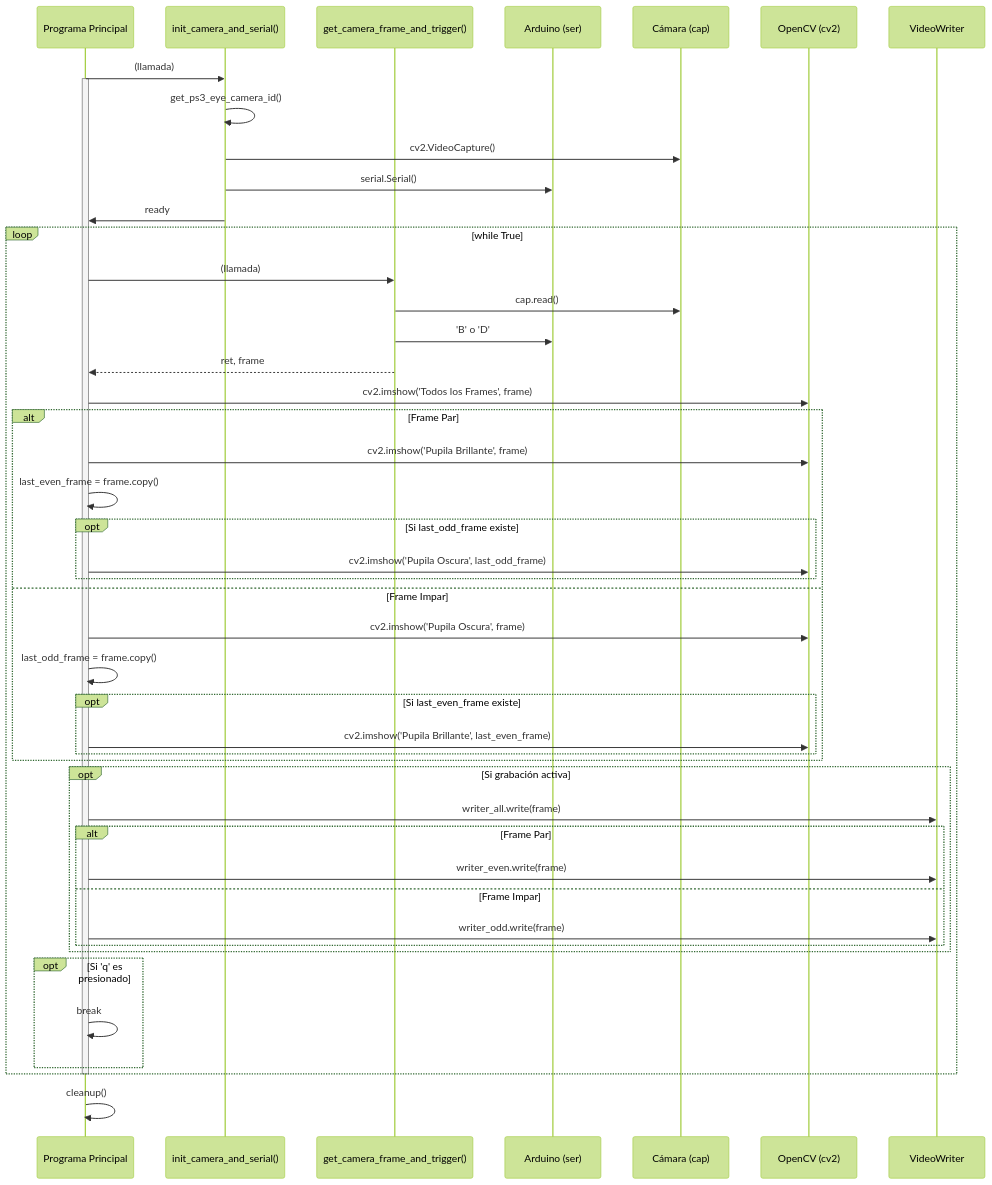
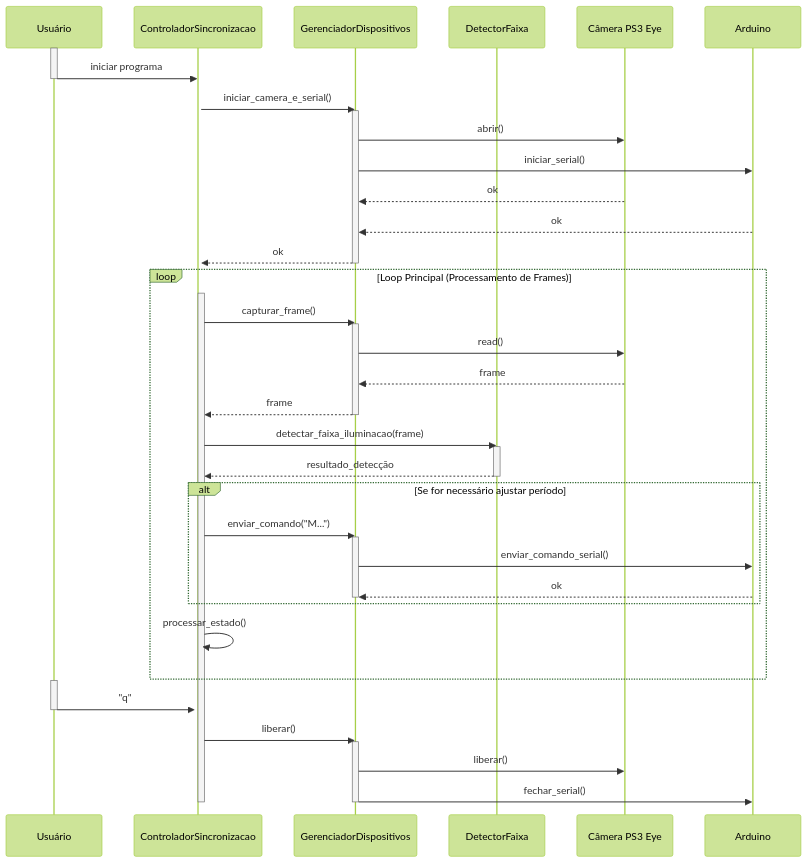
Before and after one commit to hard747/Segmentacao-da-Pupila: the diagram in diagrama_secuencia.mmd, drawn with Mermaid (forest theme). The commit also changed 9 other files, not shown here.

```diff
--- a/diagrama_secuencia.mmd
+++ b/diagrama_secuencia.mmd
@@ -1,53 +1,57 @@
 sequenceDiagram
-    participant P as Programa Principal
-    participant init as init_camera_and_serial()
-    participant get_frame as get_camera_frame_and_trigger()
-    participant ser as Arduino (ser)
-    participant cap as Cámara (cap)
-    participant cv2 as OpenCV (cv2)
-    participant writer as VideoWriter
+    participant U as Usuário
+    participant CS as ControladorSincronizacao
+    participant GD as GerenciadorDispositivos
+    participant DF as DetectorFaixa
+    participant CP3E as Câmera PS3 Eye
+    participant A as Arduino
 
-    P->>init: (llamada)
-    activate P
-    init->>init: get_ps3_eye_camera_id()
-    init->>cap: cv2.VideoCapture()
-    init->>ser: serial.Serial()
-    init->>P: ready
+    activate U
+    U->>CS: iniciar programa
+    deactivate U
+
+    activate CS
+    CS->>GD: iniciar_camera_e_serial()
+    activate GD
+    GD->>CP3E: abrir()
+    GD->>A: iniciar_serial()
+    CP3E-->>GD: ok
+    A-->>GD: ok
+    GD-->>CS: ok
+    deactivate GD
     
-    loop while True
-        P->>get_frame: (llamada)
-        get_frame->>cap: cap.read()
-        get_frame->>ser: 'B' o 'D'
-        get_frame-->>P: ret, frame
+    loop Loop Principal (Processamento de Frames)
+        activate CS
+        CS->>GD: capturar_frame()
+        activate GD
+        GD->>CP3E: read()
+        CP3E-->>GD: frame
+        GD-->>CS: frame
+        deactivate GD
         
-        P->>cv2: cv2.imshow('Todos los Frames', frame)
+        CS->>DF: detectar_faixa_iluminacao(frame)
+        activate DF
+        DF-->>CS: resultado_detecção
+        deactivate DF
         
-        alt Frame Par
-            P->>cv2: cv2.imshow('Pupila Brillante', frame)
-            P->>P: last_even_frame = frame.copy()
-            opt Si last_odd_frame existe
-                P->>cv2: cv2.imshow('Pupila Oscura', last_odd_frame)
-            end
-        else Frame Impar
-            P->>cv2: cv2.imshow('Pupila Oscura', frame)
-            P->>P: last_odd_frame = frame.copy()
-            opt Si last_even_frame existe
-                P->>cv2: cv2.imshow('Pupila Brillante', last_even_frame)
-            end
+        alt Se for necessário ajustar período
+            CS->>GD: enviar_comando("M...")
+            activate GD
+            GD->>A: enviar_comando_serial()
+            A-->>GD: ok
+            deactivate GD
         end
         
-        opt Si grabación activa
-            P->>writer: writer_all.write(frame)
-            alt Frame Par
-                P->>writer: writer_even.write(frame)
-            else Frame Impar
-                P->>writer: writer_odd.write(frame)
-            end
-        end
-        
-        opt Si 'q' es presionado
-            P->>P: break
-        end
+        CS->>CS: processar_estado()
     end
-    deactivate P
-    P->>P: cleanup()
+    
+    activate U
+    U->>CS: "q"
+    deactivate U
+    
+    CS->>GD: liberar()
+    activate GD
+    GD->>CP3E: liberar()
+    GD->>A: fechar_serial()
+    deactivate GD
+    deactivate CS
```
